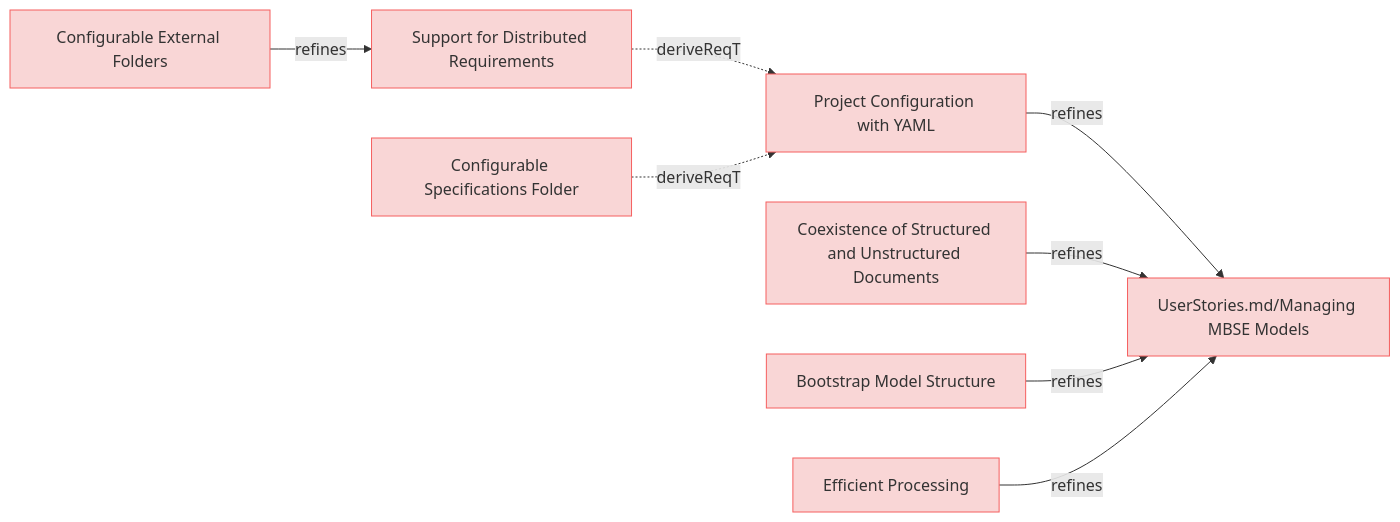
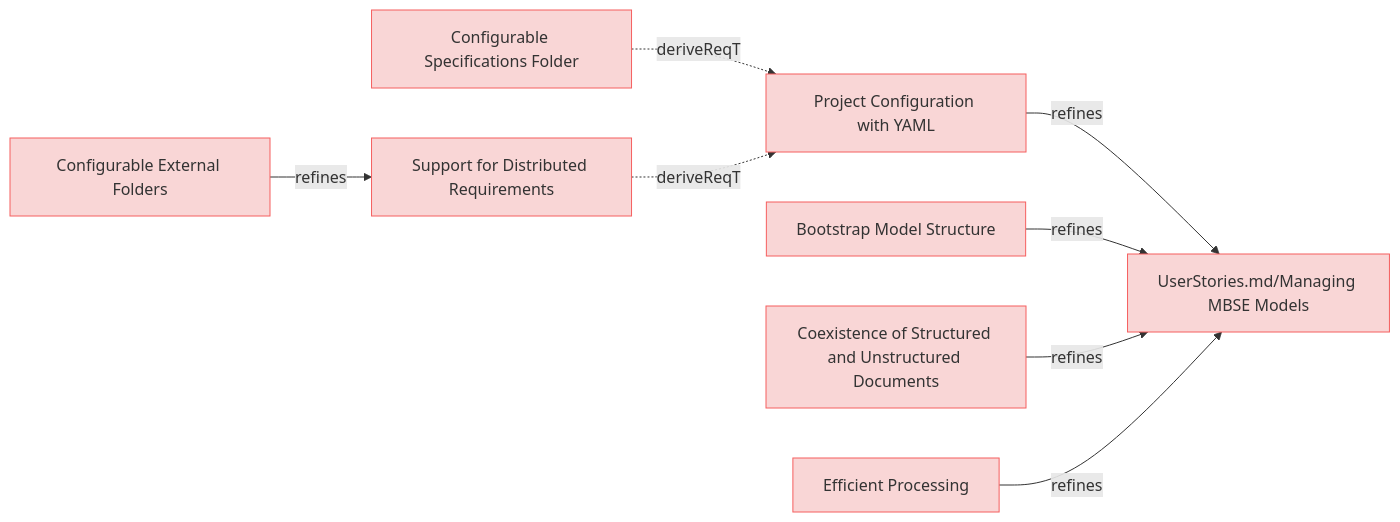
One commit to reqvire-org/reqvire changed the diagram in specifications/ManagingMbseModelsRequirements.md. Above: the diagram before and after it, drawn with Mermaid. The commit also changed 21 other files, not shown here.

````diff
--- a/specifications/ManagingMbseModelsRequirements.md
+++ b/specifications/ManagingMbseModelsRequirements.md
@@ -4,40 +4,40 @@
 ```mermaid
 graph LR;
   %% Graph styling
   classDef requirement fill:#f9d6d6,stroke:#f55f5f,stroke-width:1px;
   classDef verification fill:#d6f9d6,stroke:#5fd75f,stroke-width:1px;
   classDef externalLink fill:#d0e0ff,stroke:#3080ff,stroke-width:1px;
   classDef default fill:#f5f5f5,stroke:#333333,stroke-width:1px;
 
-  1355222227e76540["Support for Distributed Requirements"];
-  click 1355222227e76540 "https://github.com/ilijaljubicic/Reqvire/blob/8a68ca1eab81bac7964085e47777a0a92447c6a5/specifications/ManagingMbseModelsRequirements.md#support-for-distributed-requirements";
-  class 1355222227e76540 requirement;
-  fbe7e0d3b82611ef["Project Configuration with YAML"];
-  class fbe7e0d3b82611ef requirement;
-  click fbe7e0d3b82611ef "https://github.com/ilijaljubicic/Reqvire/blob/8a68ca1eab81bac7964085e47777a0a92447c6a5/specifications/ManagingMbseModelsRequirements.md#project-configuration-with-yaml";
-  1355222227e76540 -.->|deriveReqT| fbe7e0d3b82611ef;
-  1902659ed14c4615["UserStories.md/Managing MBSE Models"];
-  class 1902659ed14c4615 requirement;
-  click 1902659ed14c4615 "https://github.com/ilijaljubicic/Reqvire/blob/8a68ca1eab81bac7964085e47777a0a92447c6a5/specifications/UserStories.md#managing-mbse-models";
-  fbe7e0d3b82611ef -->|refines| 1902659ed14c4615;
-  f645de527a1eb977["Configurable External Folders"];
-  click f645de527a1eb977 "https://github.com/ilijaljubicic/Reqvire/blob/8a68ca1eab81bac7964085e47777a0a92447c6a5/specifications/ManagingMbseModelsRequirements.md#configurable-external-folders";
-  class f645de527a1eb977 requirement;
-  f645de527a1eb977 -->|refines| 1355222227e76540;
-  a67f325ec6416b1d["Coexistence of Structured and Unstructured Documents"];
-  click a67f325ec6416b1d "https://github.com/ilijaljubicic/Reqvire/blob/8a68ca1eab81bac7964085e47777a0a92447c6a5/specifications/ManagingMbseModelsRequirements.md#coexistence-of-structured-and-unstructured-documents";
-  class a67f325ec6416b1d requirement;
-  a67f325ec6416b1d -->|refines| 1902659ed14c4615;
-  cfe4bd1a448c3930["Configurable Specifications Folder"];
-  click cfe4bd1a448c3930 "https://github.com/ilijaljubicic/Reqvire/blob/8a68ca1eab81bac7964085e47777a0a92447c6a5/specifications/ManagingMbseModelsRequirements.md#configurable-specifications-folder";
-  class cfe4bd1a448c3930 requirement;
-  cfe4bd1a448c3930 -.->|deriveReqT| fbe7e0d3b82611ef;
-  6c00ff29cf036776["Bootstrap Model Structure"];
-  click 6c00ff29cf036776 "https://github.com/ilijaljubicic/Reqvire/blob/8a68ca1eab81bac7964085e47777a0a92447c6a5/specifications/ManagingMbseModelsRequirements.md#bootstrap-model-structure";
-  class 6c00ff29cf036776 requirement;
-  6c00ff29cf036776 -->|refines| 1902659ed14c4615;
-  b6c8faf2d138c14a["Efficient Processing"];
-  click b6c8faf2d138c14a "https://github.com/ilijaljubicic/Reqvire/blob/8a68ca1eab81bac7964085e47777a0a92447c6a5/specifications/ManagingMbseModelsRequirements.md#efficient-processing";
-  class b6c8faf2d138c14a requirement;
-  b6c8faf2d138c14a -->|refines| 1902659ed14c4615;
+  87e38ccb52188638["Configurable Specifications Folder"];
+  click 87e38ccb52188638 "https://github.com/Reqvire/reqvire/blob/f18e52f9f88c64f67a79abc4e93eb74b3ec22615/specifications/ManagingMbseModelsRequirements.md#configurable-specifications-folder";
+  class 87e38ccb52188638 requirement;
+  b3ef0fb91572bcf0["Project Configuration with YAML"];
+  class b3ef0fb91572bcf0 requirement;
+  click b3ef0fb91572bcf0 "https://github.com/Reqvire/reqvire/blob/f18e52f9f88c64f67a79abc4e93eb74b3ec22615/specifications/ManagingMbseModelsRequirements.md#project-configuration-with-yaml";
+  87e38ccb52188638 -.->|deriveReqT| b3ef0fb91572bcf0;
+  c75ac8fa29479ca5["UserStories.md/Managing MBSE Models"];
+  class c75ac8fa29479ca5 requirement;
+  click c75ac8fa29479ca5 "https://github.com/Reqvire/reqvire/blob/f18e52f9f88c64f67a79abc4e93eb74b3ec22615/specifications/UserStories.md#managing-mbse-models";
+  b3ef0fb91572bcf0 -->|refines| c75ac8fa29479ca5;
+  c4d5865187c53ce6["Support for Distributed Requirements"];
+  click c4d5865187c53ce6 "https://github.com/Reqvire/reqvire/blob/f18e52f9f88c64f67a79abc4e93eb74b3ec22615/specifications/ManagingMbseModelsRequirements.md#support-for-distributed-requirements";
+  class c4d5865187c53ce6 requirement;
+  c4d5865187c53ce6 -.->|deriveReqT| b3ef0fb91572bcf0;
+  b9c9d1bf19e76fc["Configurable External Folders"];
+  click b9c9d1bf19e76fc "https://github.com/Reqvire/reqvire/blob/f18e52f9f88c64f67a79abc4e93eb74b3ec22615/specifications/ManagingMbseModelsRequirements.md#configurable-external-folders";
+  class b9c9d1bf19e76fc requirement;
+  b9c9d1bf19e76fc -->|refines| c4d5865187c53ce6;
+  fa4727bd969c48f8["Bootstrap Model Structure"];
+  click fa4727bd969c48f8 "https://github.com/Reqvire/reqvire/blob/f18e52f9f88c64f67a79abc4e93eb74b3ec22615/specifications/ManagingMbseModelsRequirements.md#bootstrap-model-structure";
+  class fa4727bd969c48f8 requirement;
+  fa4727bd969c48f8 -->|refines| c75ac8fa29479ca5;
+  da5831ca85881025["Coexistence of Structured and Unstructured Documents"];
+  click da5831ca85881025 "https://github.com/Reqvire/reqvire/blob/f18e52f9f88c64f67a79abc4e93eb74b3ec22615/specifications/ManagingMbseModelsRequirements.md#coexistence-of-structured-and-unstructured-documents";
+  class da5831ca85881025 requirement;
+  da5831ca85881025 -->|refines| c75ac8fa29479ca5;
+  386d7b145d008870["Efficient Processing"];
+  click 386d7b145d008870 "https://github.com/Reqvire/reqvire/blob/f18e52f9f88c64f67a79abc4e93eb74b3ec22615/specifications/ManagingMbseModelsRequirements.md#efficient-processing";
+  class 386d7b145d008870 requirement;
+  386d7b145d008870 -->|refines| c75ac8fa29479ca5;
 ```
````
